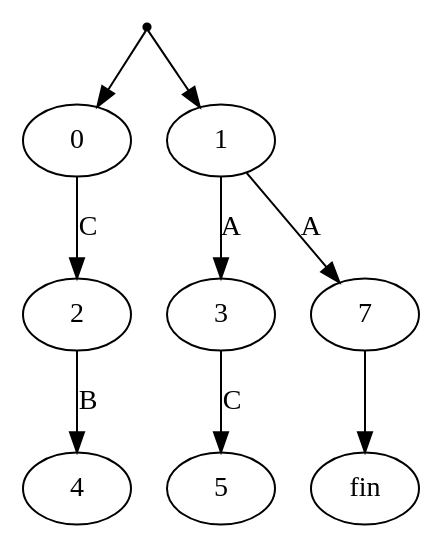
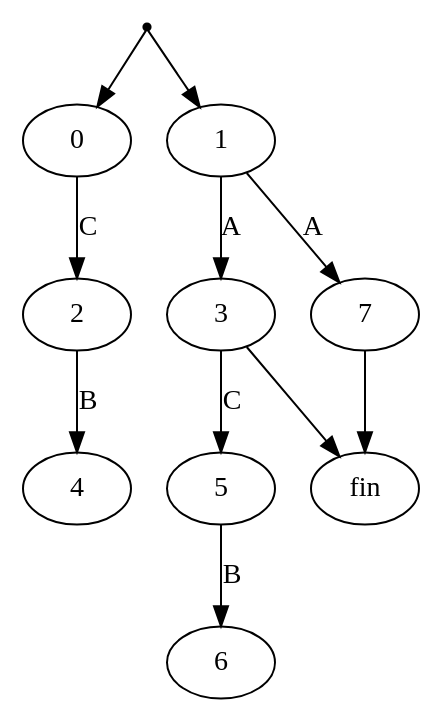
The diagram in demo.dot (omarelhorre/automate), drawn with Graphviz before and after one commit. The commit also changed 1 other file, not shown here.

```diff
--- a/demo.dot
+++ b/demo.dot
@@ -1,11 +1,13 @@
 digraph G {
     init [shape=point]
     init -> 0;
     init -> 1;
     0 -> 2 [label="C"];
     1 -> 3 [label="A"];
     2 -> 4 [label="B"];
     3 -> 5 [label="C"];
     1 -> 7 [label="A"];
     7 -> fin;
+    5 -> 6 [label="B"];
+    3 -> fin;
 }
```
